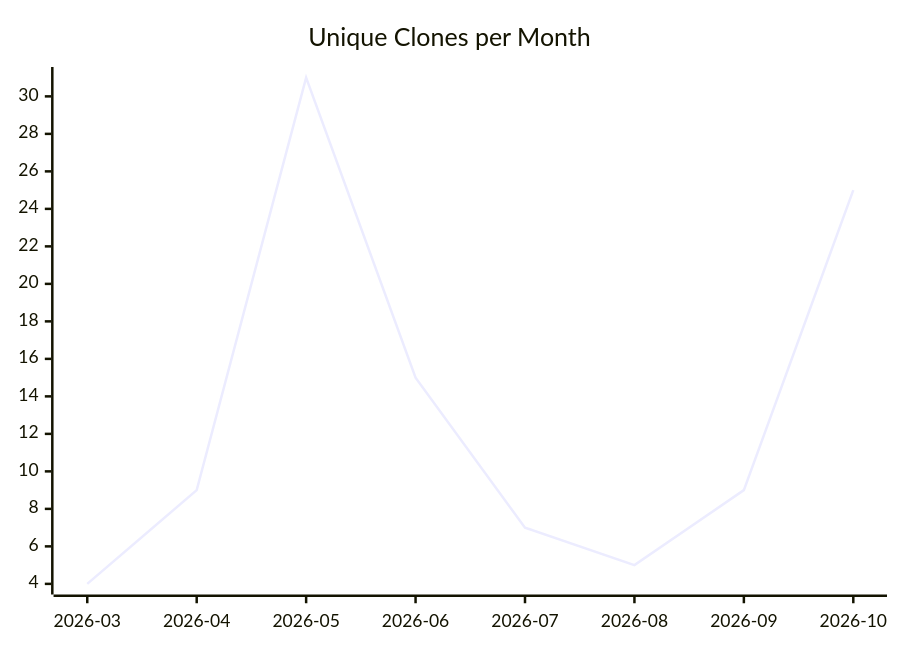
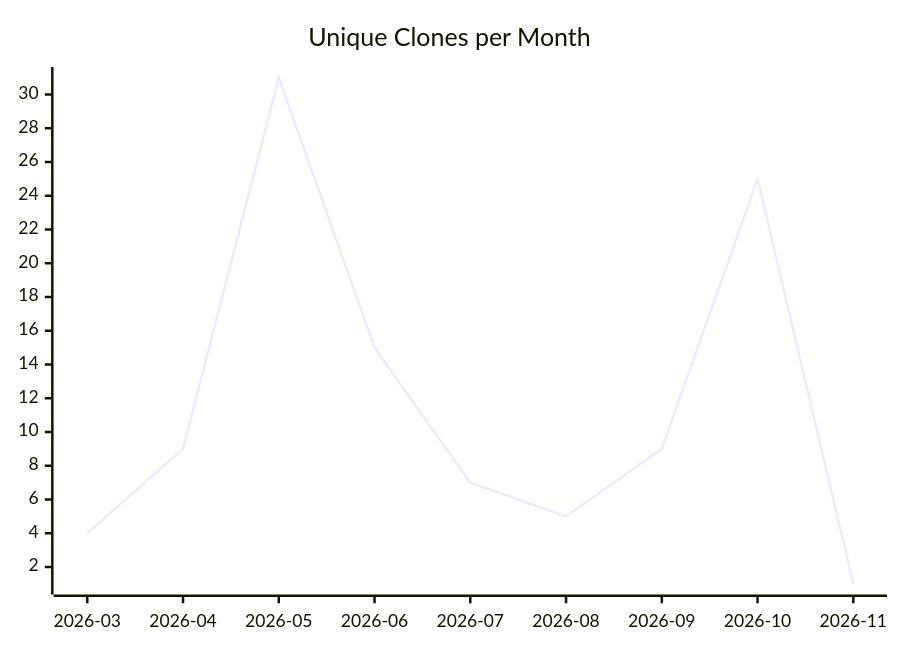
Before and after one commit to justdavis-family/github-analytics-data: the third of 3 diagrams in karlmdavis/ansible-role-rcm-dotfiles/README.md, drawn with Mermaid. The commit also changed other lines of this file and 201 other files, not shown here.

````diff
--- a/karlmdavis/ansible-role-rcm-dotfiles/README.md
+++ b/karlmdavis/ansible-role-rcm-dotfiles/README.md
@@ -19,6 +19,6 @@
 ```mermaid
 xychart-beta
   title "Unique Clones per Month"
-  x-axis ["2026-03", "2026-04", "2026-05", "2026-06", "2026-07", "2026-08", "2026-09", "2026-10"]
-  line [4, 9, 31, 15, 7, 5, 9, 25]
+  x-axis ["2026-03", "2026-04", "2026-05", "2026-06", "2026-07", "2026-08", "2026-09", "2026-10", "2026-11"]
+  line [4, 9, 31, 15, 7, 5, 9, 25, 1]
 ```
````
